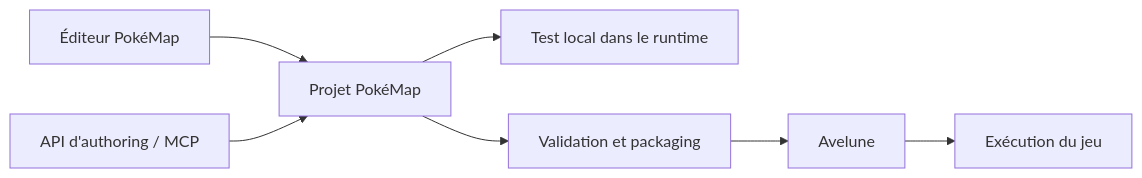
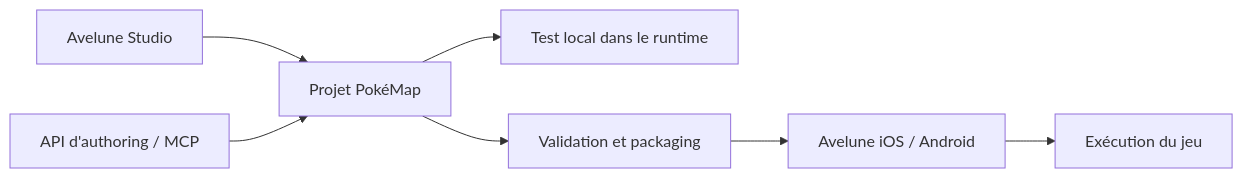
One commit to yoahnl/pokemap changed the diagram in README.md. Above: the diagram before and after it, drawn with Mermaid. The commit also changed other lines of this file and 2 other files, not shown here.

Commit message:
docs: refresh Avelune README [skip ci]

````diff
--- a/README.md
+++ b/README.md
@@ -50,9 +80,9 @@
 ```mermaid
 flowchart LR
-    Editor["Éditeur PokéMap"] --> Project["Projet PokéMap"]
+    Editor["Avelune Studio"] --> Project["Projet PokéMap"]
     Automation["API d'authoring / MCP"] --> Project
     Project --> Playtest["Test local dans le runtime"]
     Project --> Package["Validation et packaging"]
-    Package --> Avelune["Avelune"]
+    Package --> Avelune["Avelune iOS / Android"]
     Avelune --> Runtime["Exécution du jeu"]
 ```
````
